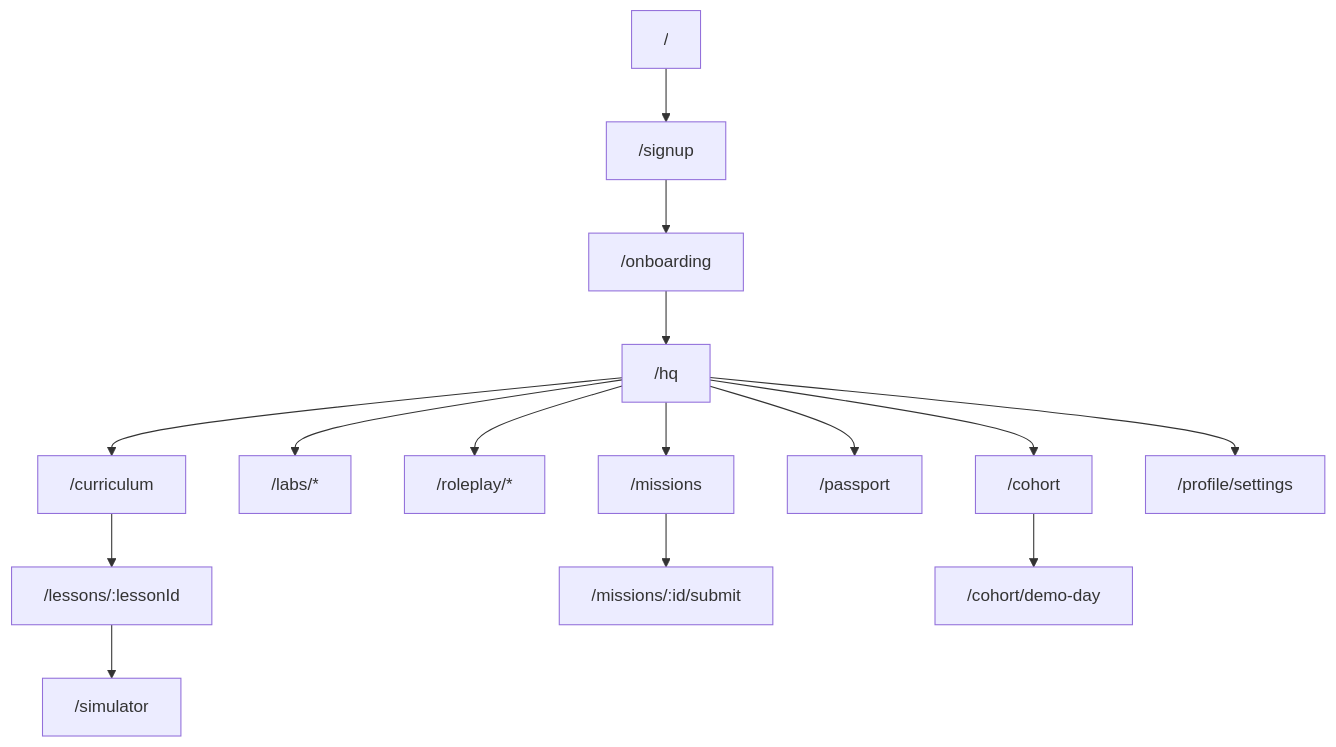
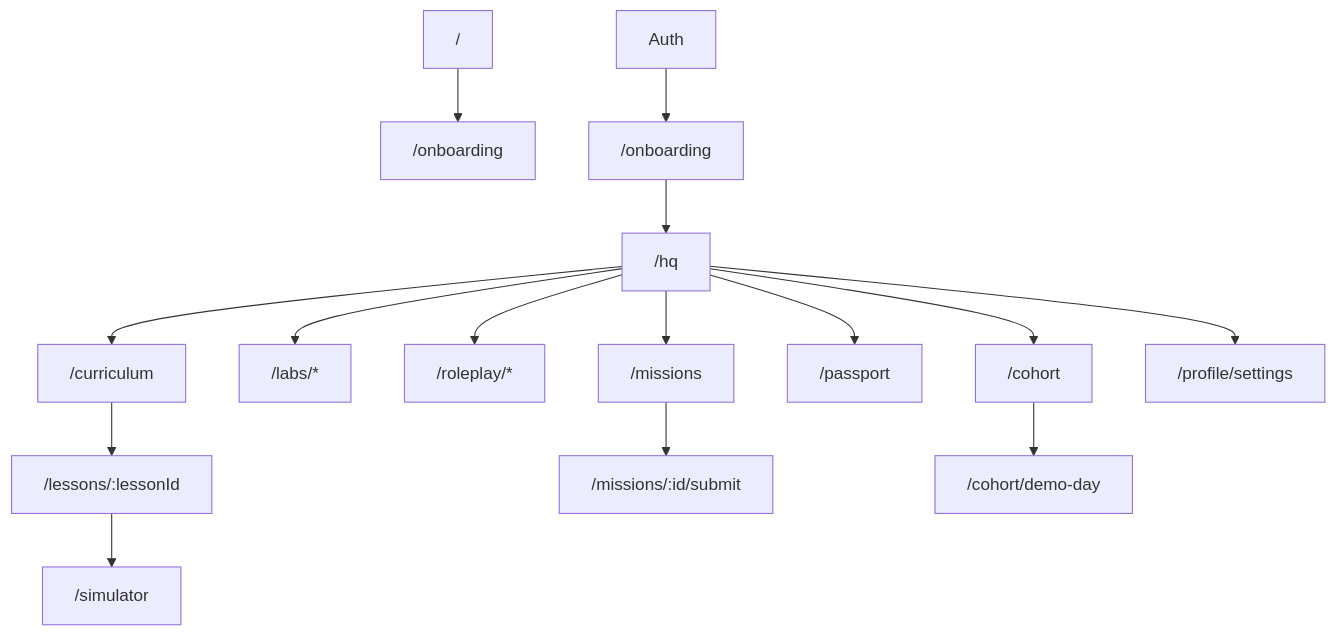
One commit to NethraVenkat/Skill_Nxt changed the diagram in docs/09-screens-and-wireframes.md. Above: the diagram before and after it, drawn with Mermaid. The commit also changed other lines of this file and 126 other files, not shown here.

````diff
--- a/docs/09-screens-and-wireframes.md
+++ b/docs/09-screens-and-wireframes.md
@@ -145,17 +145,17 @@
 ```mermaid
 flowchart TD
-  Home["/"] --> Auth["/signup"]
+  Home["/"] --> Onboarding["/onboarding"]
   Auth --> Onboard["/onboarding"]
   Onboard --> HQ["/hq"]
   HQ --> Curriculum["/curriculum"]
   Curriculum --> Lesson["/lessons/:lessonId"]
   Lesson --> Simulator["/simulator"]
   HQ --> Labs["/labs/*"]
   HQ --> Roleplay["/roleplay/*"]
   HQ --> Missions["/missions"]
   Missions --> Submit["/missions/:id/submit"]
   HQ --> Passport["/passport"]
   HQ --> Cohort["/cohort"]
   Cohort --> Demo["/cohort/demo-day"]
   HQ --> Settings["/profile/settings"]
 ```
````
